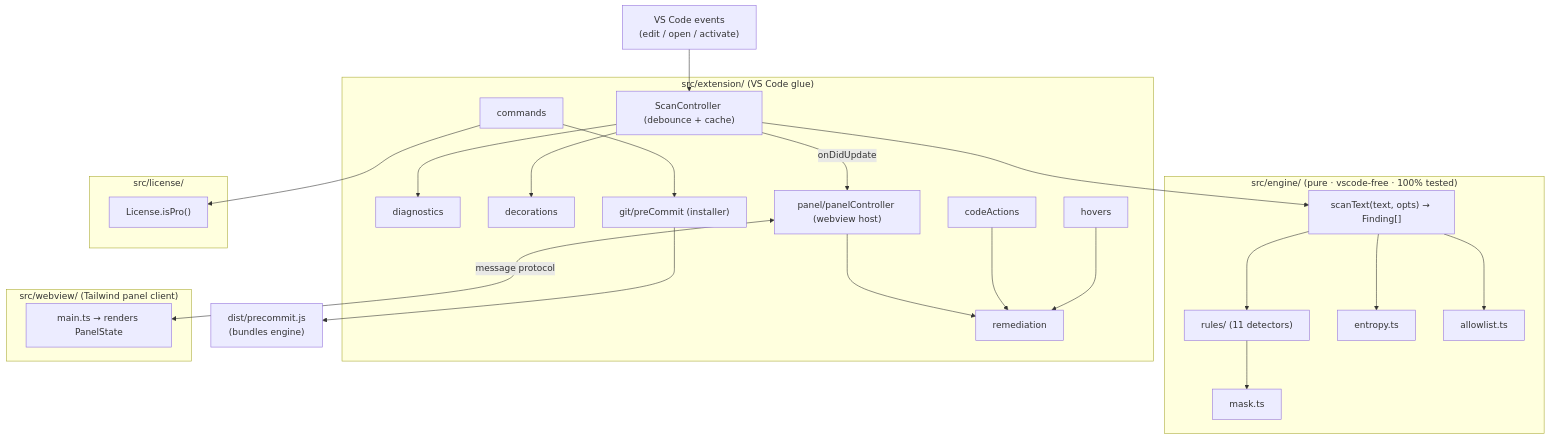
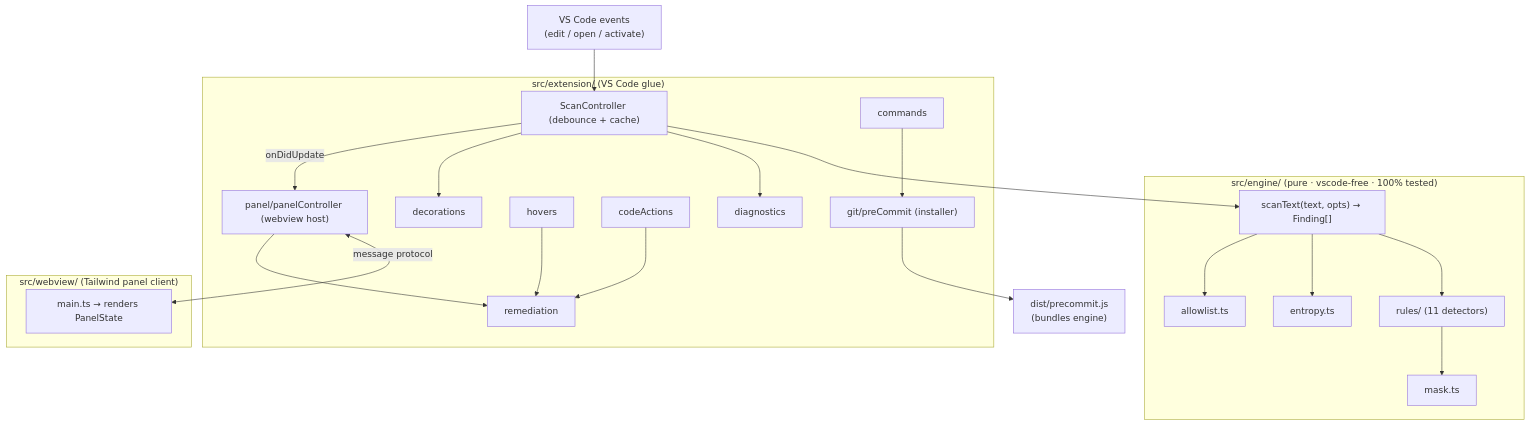
Before and after one commit to IvailoManolov/LeakerLens: the first of 5 diagrams in Documentation/1.0.0/ARCHITECTURE.md, drawn with Mermaid. The commit also changed other lines of this file and 11 other files, not shown here.

````diff
--- a/Documentation/1.0.0/ARCHITECTURE.md
+++ b/Documentation/1.0.0/ARCHITECTURE.md
@@ -12,47 +12,42 @@
 ```mermaid
 flowchart TD
   subgraph engine["src/engine/  (pure · vscode-free · 100% tested)"]
     scan["scanText(text, opts) → Finding[]"]
     rules["rules/ (11 detectors)"]
     entropy["entropy.ts"]
     mask["mask.ts"]
     allow["allowlist.ts"]
     scan --> rules
     scan --> entropy
     scan --> allow
     rules --> mask
   end
 
   subgraph ext["src/extension/  (VS Code glue)"]
     ctrl["ScanController (debounce + cache)"]
     diag["diagnostics"]
     deco["decorations"]
     hov["hovers"]
     ca["codeActions"]
     rem["remediation"]
     cmd["commands"]
     panelHost["panel/panelController (webview host)"]
     git["git/preCommit (installer)"]
   end
 
   subgraph wv["src/webview/  (Tailwind panel client)"]
     main["main.ts → renders PanelState"]
   end
 
-  subgraph lic["src/license/"]
-    isPro["License.isPro()"]
-  end
-
   vscodeEvents["VS Code events\n(edit / open / activate)"] --> ctrl
   ctrl --> scan
   ctrl --> diag
   ctrl --> deco
   ctrl -- "onDidUpdate" --> panelHost
   panelHost <-- "message protocol" --> main
   hov --> rem
   ca --> rem
   panelHost --> rem
   cmd --> git
-  cmd --> isPro
   git --> hookRunner["dist/precommit.js\n(bundles engine)"]
 ```
````
